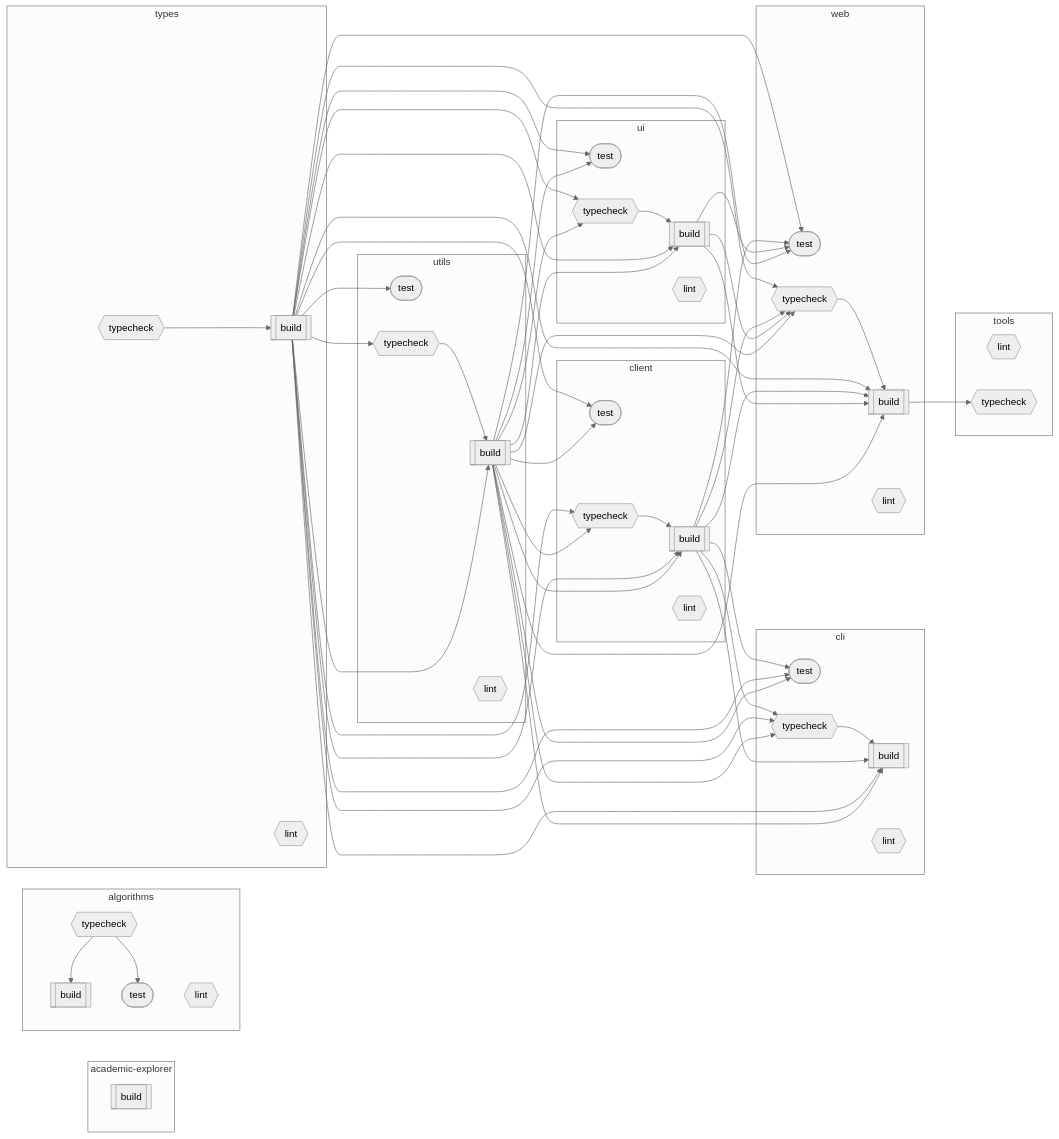
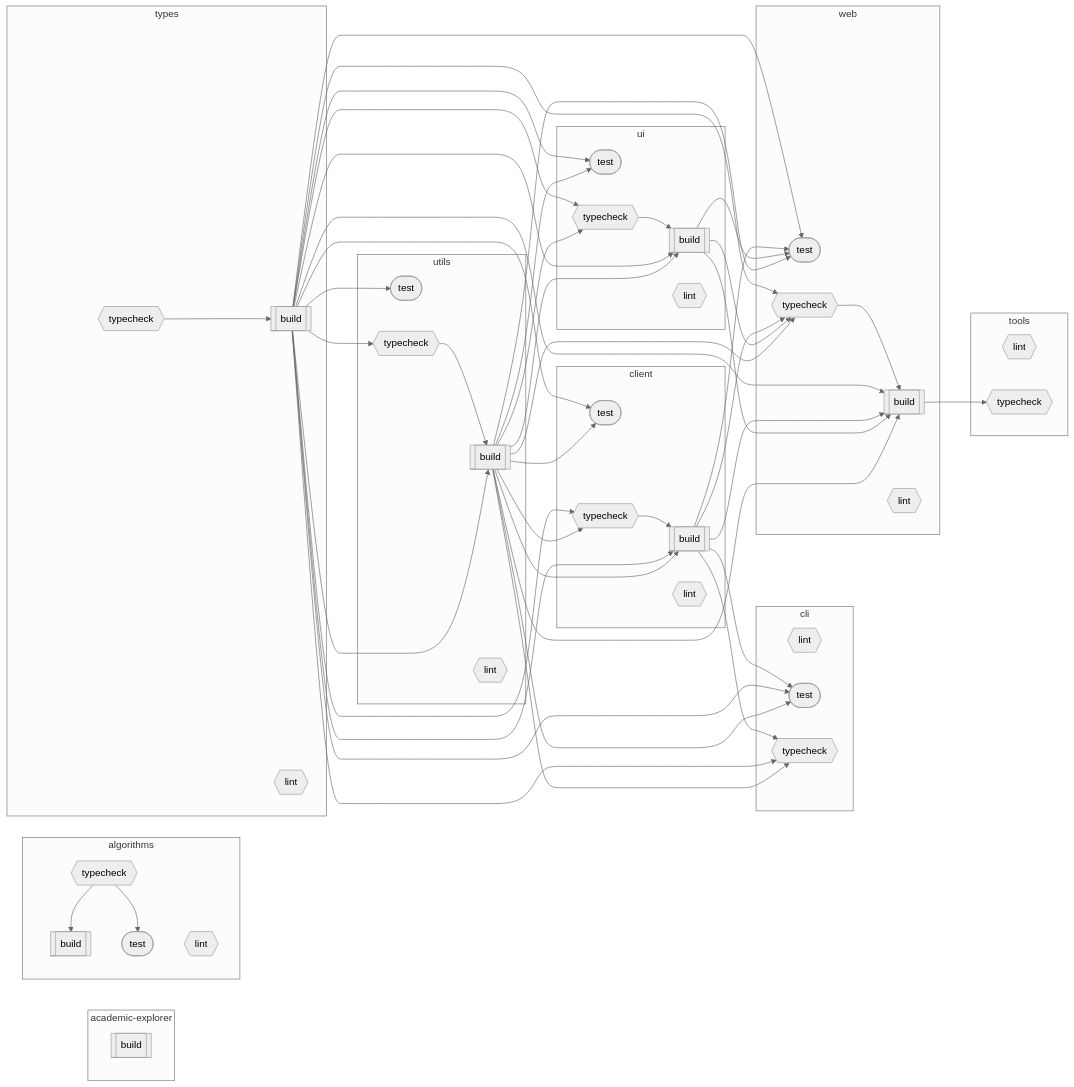
One commit to Mearman/Academic-Explorer changed the diagram in README.md. Above: the diagram before and after it, drawn with Mermaid (neutral theme).

Commit message:
docs(cli): update task dependency graph to reflect removed build step

```diff
--- a/README.md
+++ b/README.md
@@ -100,7 +100,6 @@
     end
 
     subgraph cli["cli"]
-        cli_build[["build"]]
         cli_lint{{"lint"}}
         cli_test(["test"])
         cli_typecheck{{"typecheck"}}
@@ -148,10 +147,6 @@
     %% Task dependencies
     algorithms_typecheck --> algorithms_build
     algorithms_typecheck --> algorithms_test
-    cli_typecheck --> cli_build
-    client_build --> cli_build
-    types_build --> cli_build
-    utils_build --> cli_build
     client_build --> cli_test
     types_build --> cli_test
     utils_build --> cli_test
```
